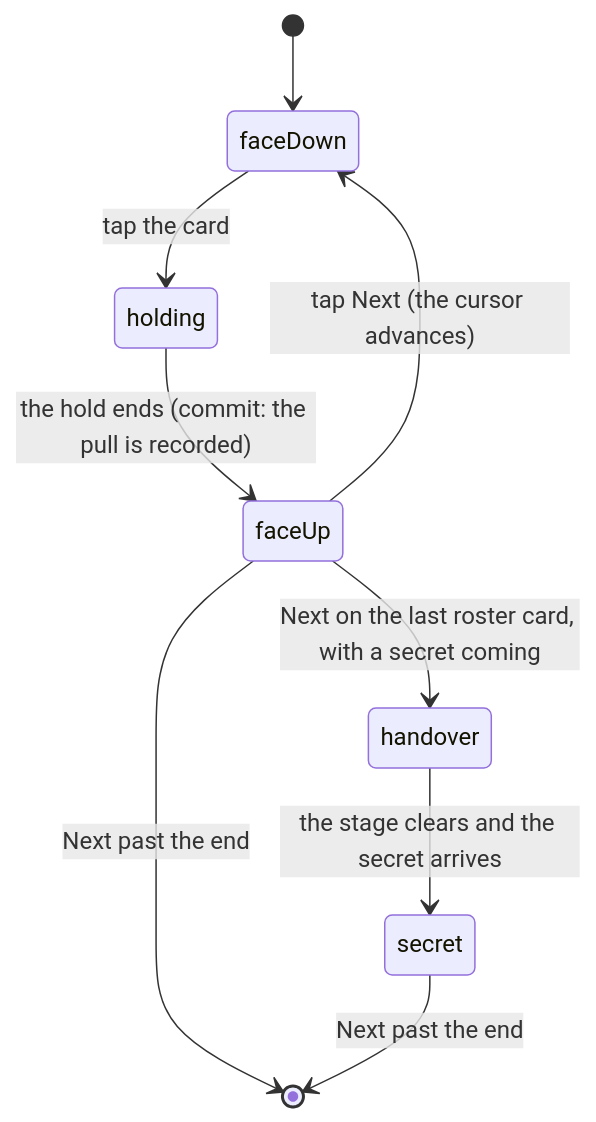
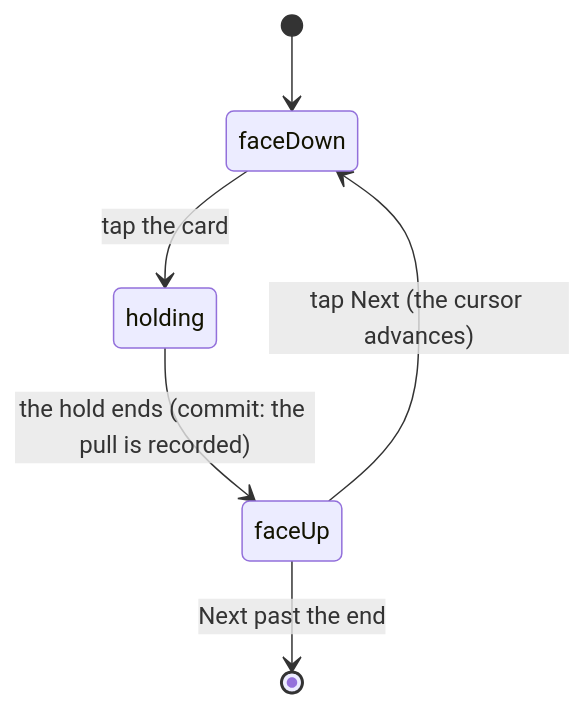
The diagram in product-description/cards/opening-a-pack.md (DougZeThug/willyoubemyhero), drawn with Mermaid before and after one commit. The commit also changed other lines of this file and 15 other files, not shown here.

````diff
--- a/product-description/cards/opening-a-pack.md
+++ b/product-description/cards/opening-a-pack.md
@@ -85,11 +88,8 @@
 ```mermaid
 stateDiagram-v2
     [*] --> faceDown
     faceDown --> holding : tap the card
     holding --> faceUp : the hold ends (commit: the pull is recorded)
     faceUp --> faceDown : tap Next (the cursor advances)
-    faceUp --> handover : Next on the last roster card, with a secret coming
-    handover --> secret : the stage clears and the secret arrives
     faceUp --> [*] : Next past the end
-    secret --> [*] : Next past the end
 ```
````
